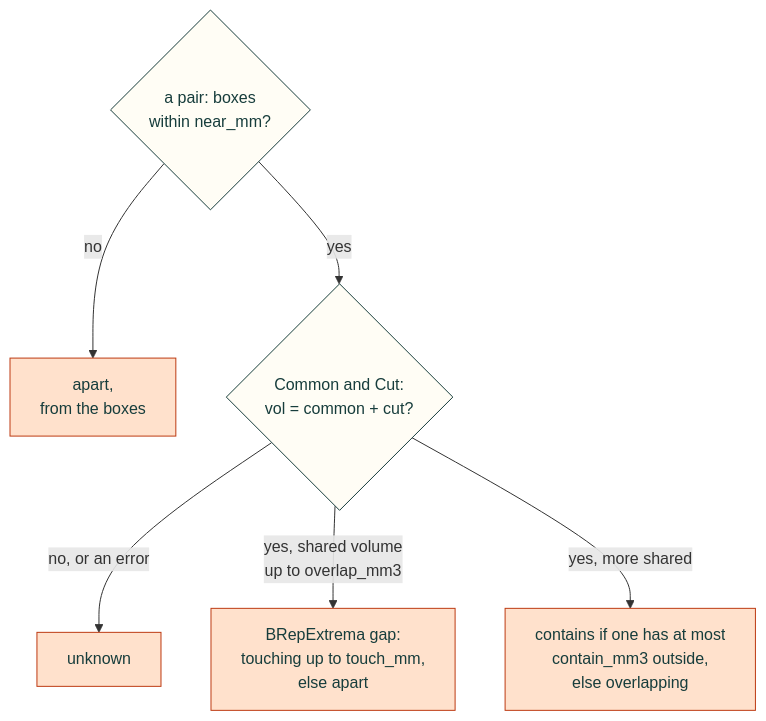
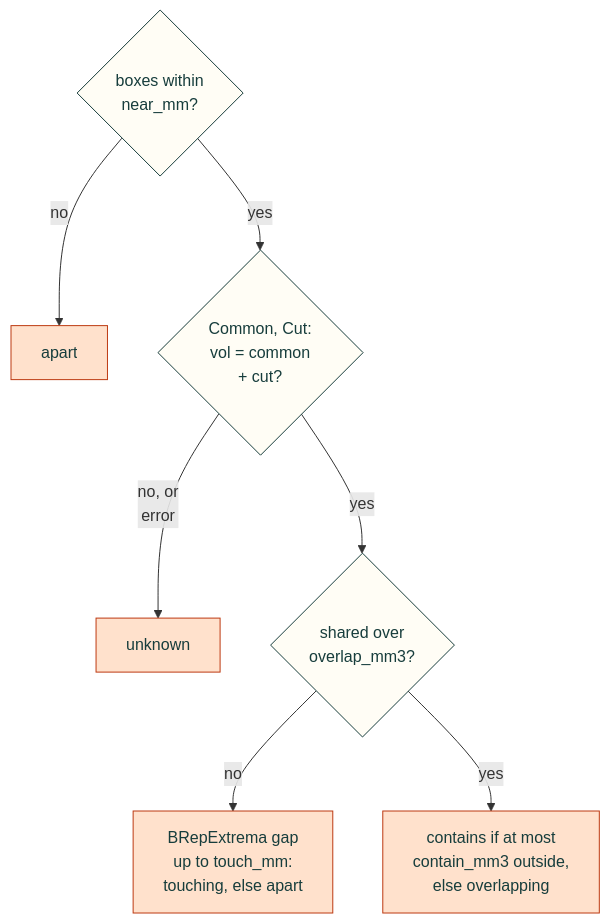
One commit to Valpatel/cad-agent changed the second of 2 diagrams in docs/gates.md. Above: the diagram before and after it, drawn with Mermaid. The commit also changed 2 other files, not shown here.

Commit message:
Three new diagrams fit the column at 1100 px: shorter boxes, one more decision for relate, unlabelled loops
Part of #122.

````diff
--- a/docs/gates.md
+++ b/docs/gates.md
@@ -122,13 +122,14 @@
 ```mermaid
 flowchart TD
-    P{"a pair: boxes<br/>within near_mm?"} -->|"no"| A1["apart,<br/>from the boxes"]
-    P -->|"yes"| C{"Common and Cut:<br/>vol = common + cut?"}
-    C -->|"no, or an error"| U["unknown"]
-    C -->|"yes, shared volume<br/>up to overlap_mm3"| D["BRepExtrema gap:<br/>touching up to touch_mm,<br/>else apart"]
-    C -->|"yes, more shared"| I["contains if one has at most<br/>contain_mm3 outside,<br/>else overlapping"]
+    P{"boxes within<br/>near_mm?"} -->|"no"| A1["apart"]
+    P -->|"yes"| C{"Common, Cut:<br/>vol = common<br/>+ cut?"}
+    C -->|"no, or<br/>error"| U["unknown"]
+    C -->|"yes"| V{"shared over<br/>overlap_mm3?"}
+    V -->|"no"| D["BRepExtrema gap<br/>up to touch_mm:<br/>touching, else apart"]
+    V -->|"yes"| I["contains if at most<br/>contain_mm3 outside,<br/>else overlapping"]
     classDef here fill:#fffdf5,stroke:#173d3c,color:#173d3c
     classDef near fill:#eef1e4,stroke:#6f8a80,color:#173d3c
     classDef out fill:#ffe1cc,stroke:#bd3a12,color:#173d3c
-    class P,C here
+    class P,C,V here
     class A1,U,D,I out
 ```
````
